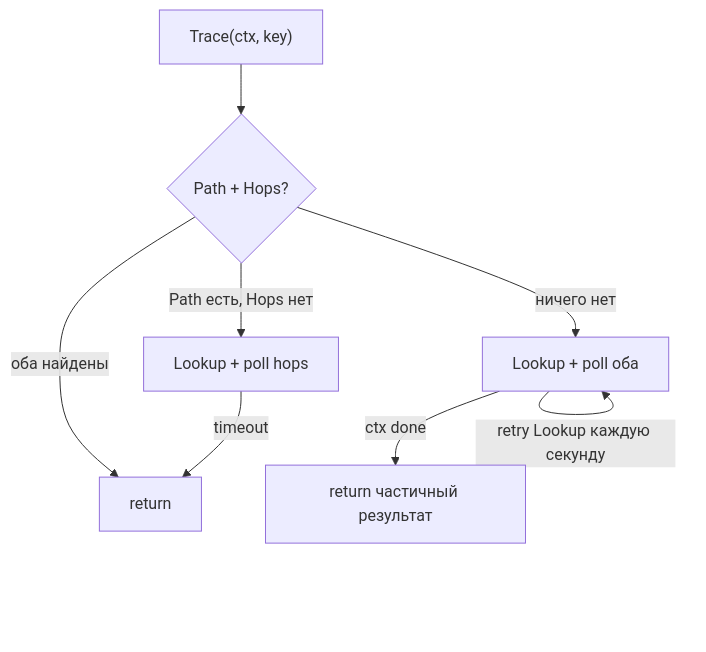
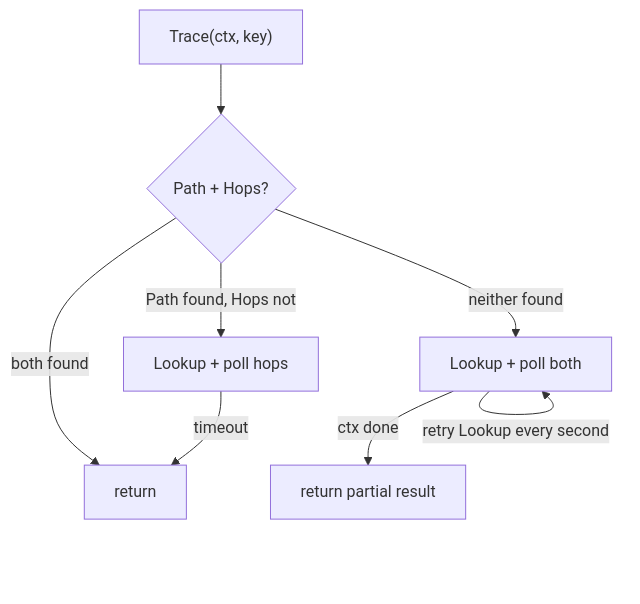
Before and after one commit to voluminor/ratatoskr: the third of 3 diagrams in mod/probe/README.md, drawn with Mermaid. The commit also changed other lines of this file and 6 other files, not shown here.

````diff
--- a/mod/probe/README.md
+++ b/mod/probe/README.md
@@ -158,10 +159,10 @@
 ```mermaid
 flowchart TB
     Start["Trace(ctx, key)"] --> Check{"Path + Hops?"}
-    Check -->|" оба найдены "| Done["return"]
-    Check -->|" Path есть, Hops нет "| Poll1["Lookup + poll hops"]
+    Check -->|" both found "| Done["return"]
+    Check -->|" Path found, Hops not "| Poll1["Lookup + poll hops"]
     Poll1 -->|" timeout "| Done
-    Check -->|" ничего нет "| Full["Lookup + poll оба"]
-    Full -->|" retry Lookup каждую секунду "| Full
-    Full -->|" ctx done "| Partial["return частичный результат"]
+    Check -->|" neither found "| Full["Lookup + poll both"]
+    Full -->|" retry Lookup every second "| Full
+    Full -->|" ctx done "| Partial["return partial result"]
 ```
````
